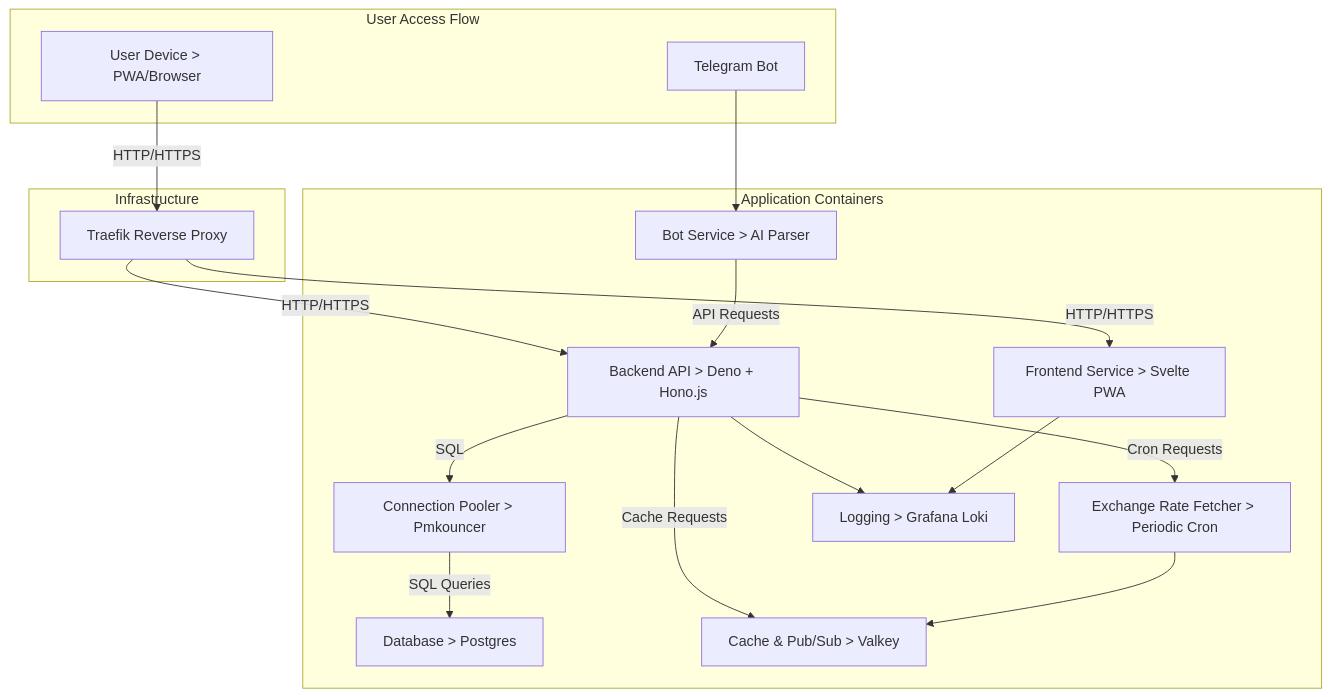
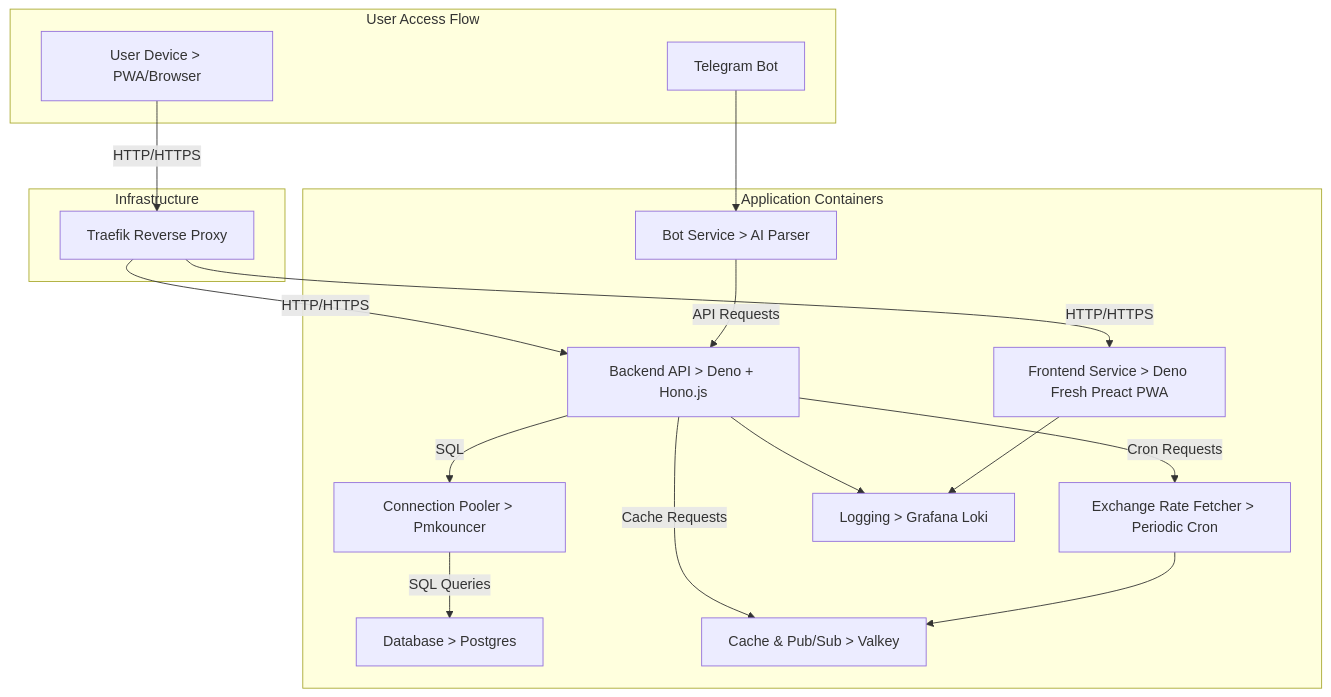
Before and after one commit to spy4x/financy: the first of 2 diagrams in docs/6.infrastructure.md, drawn with Mermaid. The commit also changed other lines of this file and 226 other files, not shown here.

Commit message:
env: replace Svelte with Deno Fresh

````diff
--- a/docs/6.infrastructure.md
+++ b/docs/6.infrastructure.md
@@ -62,35 +62,35 @@
 ```mermaid
 flowchart TD
     subgraph "User Access Flow"
         User[User Device > PWA/Browser] 
         Bot[Telegram Bot] 
     end
 
     subgraph "Application Containers"
-        Frontend[Frontend Service > Svelte PWA] 
+        Frontend[Frontend Service > Deno Fresh Preact PWA] 
         API[Backend API > Deno + Hono.js]
         DB[Database > Postgres]
         PgBouncer[Connection Pooler > Pmkouncer]
         Valkey[Cache & Pub/Sub > Valkey]
         BotService[Bot Service > AI Parser]
         ExchangeRate[Exchange Rate Fetcher > Periodic Cron]
         Logs[Logging > Grafana Loki]
     end
 
     subgraph "Infrastructure"
         Proxy[Traefik Reverse Proxy]
     end
 
     User-->|HTTP/HTTPS|Proxy
     Proxy-->|HTTP/HTTPS|Frontend
     Proxy-->|HTTP/HTTPS|API
     API-->|SQL|PgBouncer
     PgBouncer-->|SQL Queries|DB
     API-->|Cache Requests|Valkey
     Bot-->BotService
     BotService-->|API Requests|API
     API-->|Cron Requests|ExchangeRate
     API-->Logs
     Frontend-->Logs
     ExchangeRate-->Valkey
 ```
````
